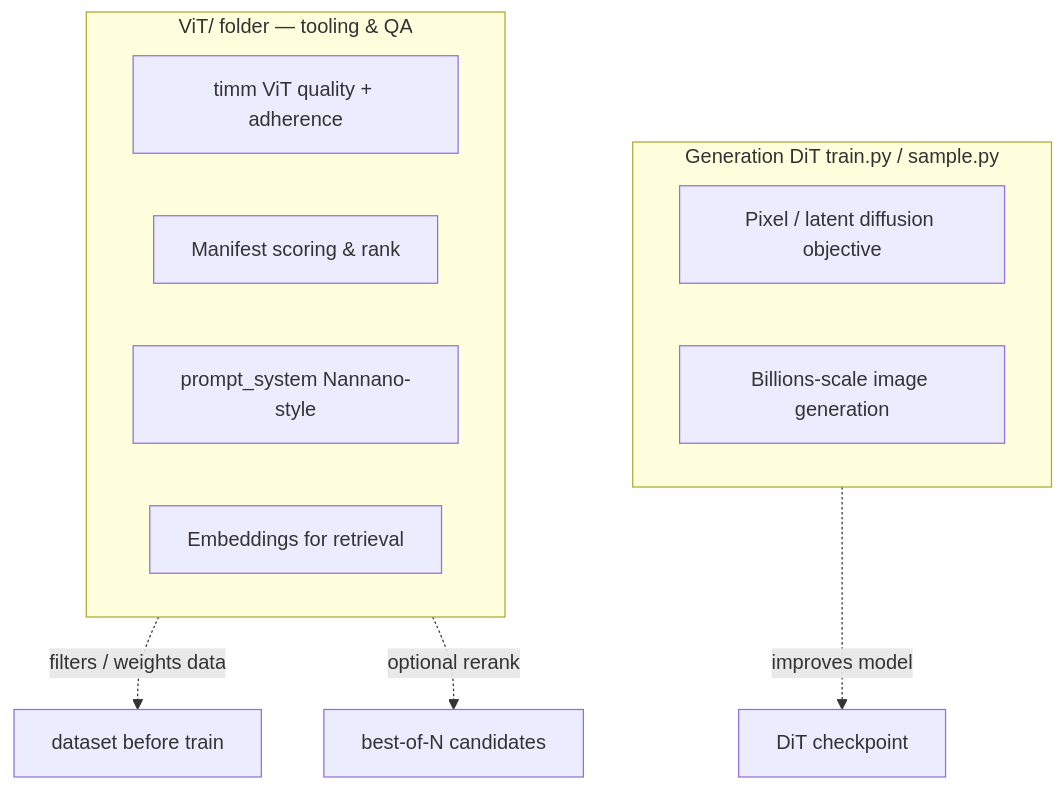
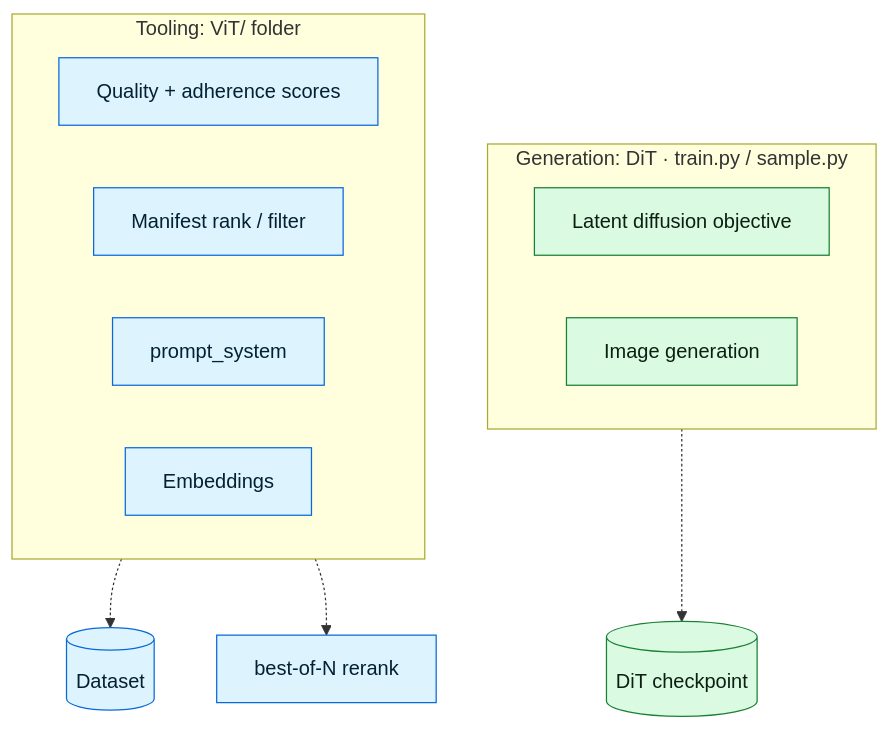
Before and after one commit to Llunarstack/sdx: the third of 3 diagrams in README.md, drawn with Mermaid. The commit also changed other lines of this file and 132 other files, not shown here.

````diff
--- a/README.md
+++ b/README.md
@@ -198,18 +227,25 @@
 ```mermaid
 flowchart TB
-  subgraph DiTGen["Generation DiT train.py / sample.py"]
-    A[Pixel / latent diffusion objective]
-    B[Billions-scale image generation]
+  classDef gen fill:#dafbe1,stroke:#1a7f37,color:#0d1f12
+  classDef tool fill:#ddf4ff,stroke:#0969da,color:#042033
+
+  subgraph G["Generation: DiT · train.py / sample.py"]
+    A[Latent diffusion objective]:::gen
+    B[Image generation]:::gen
   end
 
-  subgraph ViTPack["ViT/ folder — tooling & QA"]
-    C[timm ViT quality + adherence]
-    D[Manifest scoring & rank]
-    E[prompt_system Nannano-style]
-    F[Embeddings for retrieval]
+  subgraph T["Tooling: ViT/ folder"]
+    C[Quality + adherence scores]:::tool
+    D[Manifest rank / filter]:::tool
+    E[prompt_system]:::tool
+    F[Embeddings]:::tool
   end
 
-  DiTGen -.->|improves model| CKPT2[DiT checkpoint]
-  ViTPack -.->|filters / weights data| DS3[dataset before train]
-  ViTPack -.->|optional rerank| N[best-of-N candidates]
+  CKPT2[(DiT checkpoint)]:::gen
+  DS3[(Dataset)]:::tool
+  N[best-of-N rerank]:::tool
+
+  G -.-> CKPT2
+  T -.-> DS3
+  T -.-> N
 ```
````
